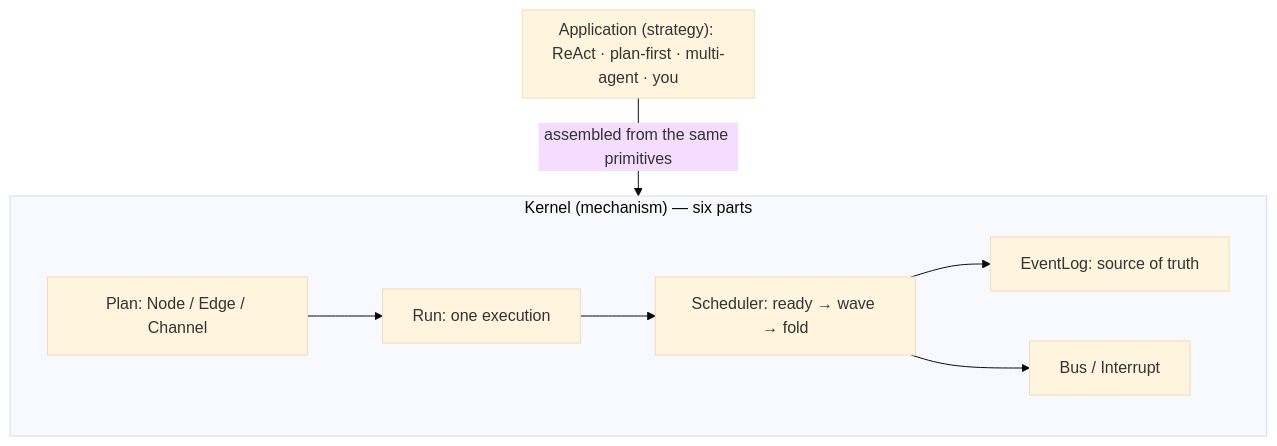
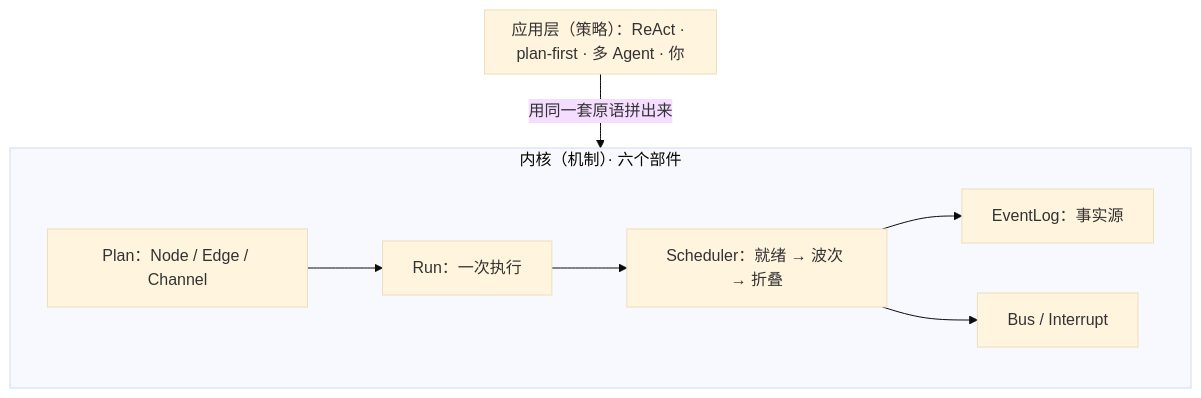
One commit to limenagent/prodagent changed the diagram in README.md. Above: the diagram before and after it, drawn with Mermaid (base theme). The commit also changed other lines of this file and 4 other files, not shown here.

````diff
--- a/README.md
+++ b/README.md
@@ -40,11 +38,11 @@
 ```mermaid
 flowchart TB
-  subgraph APP["Application (strategy): ReAct · plan-first · multi-agent · you"]
+  subgraph APP["应用层（策略）：ReAct · plan-first · 多 Agent · 你"]
   end
-  subgraph K["Kernel (mechanism) — six parts"]
-    P["Plan: Node / Edge / Channel"] --> R["Run: one execution"] --> S["Scheduler: ready → wave → fold"]
-    S --> L["EventLog: source of truth"]
+  subgraph K["内核（机制）· 六个部件"]
+    P["Plan：Node / Edge / Channel"] --> R["Run：一次执行"] --> S["Scheduler：就绪 → 波次 → 折叠"]
+    S --> L["EventLog：事实源"]
     S --> BI["Bus / Interrupt"]
   end
-  APP -->|assembled from the same primitives| K
+  APP -->|用同一套原语拼出来| K
 ```
````
